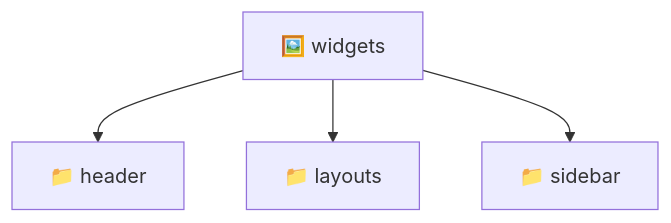
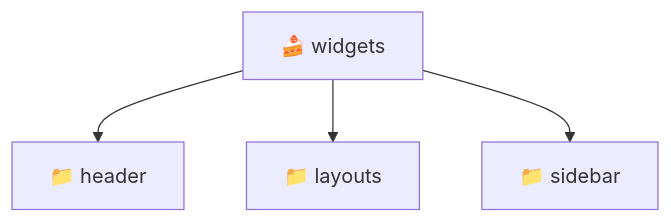
Before and after one commit to beginwebdev2002/fullstack-mavluda: the diagram in frontend/src/widgets/README.md, drawn with Mermaid. The commit also changed other lines of this file and 156 other files, not shown here.

First line of the commit message:
docs: generate comprehensive localized readmes for 100% architectural transparency

````diff
--- a/frontend/src/widgets/README.md
+++ b/frontend/src/widgets/README.md
@@ -10,7 +11,7 @@
 ```mermaid
 graph TD
-  Root["🖼️ widgets"]
-  Root --> header["📁 header"]
-  Root --> layouts["📁 layouts"]
-  Root --> sidebar["📁 sidebar"]
+  widgets["🍰 widgets"]
+  widgets --> header["📁 header"]
+  widgets --> layouts["📁 layouts"]
+  widgets --> sidebar["📁 sidebar"]
 ```
````
